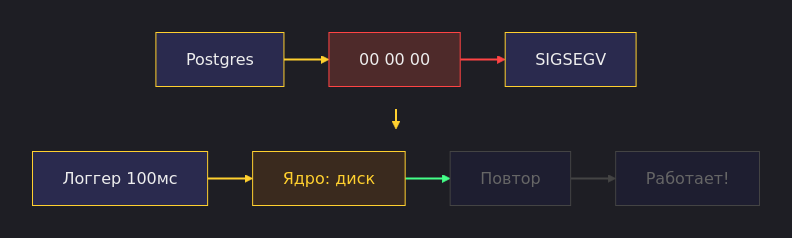
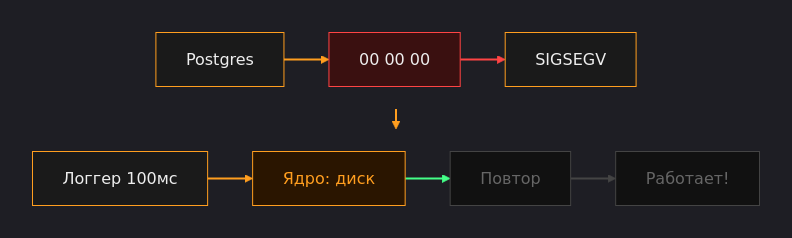
The diagram in docs/diagrams/resurrection-3.mmd (polarnik/postgresql-system-issue-story), drawn with Mermaid before and after one commit. The commit also changed 39 other files, not shown here.

```diff
--- a/docs/diagrams/resurrection-3.mmd
+++ b/docs/diagrams/resurrection-3.mmd
@@ -1,30 +1,30 @@
-%%{init: {'theme': 'dark', 'themeVariables': { 'primaryColor': '#1a1a2e', 'primaryTextColor': '#eee', 'lineColor': '#FFD02F'}, 'flowchart': { 'nodeSpacing': 25, 'rankSpacing': 20 }}}%%
+%%{init: {'theme': 'dark', 'themeVariables': { 'primaryColor': '#000000', 'primaryTextColor': '#eee', 'lineColor': '#ff9e1f'}, 'flowchart': { 'nodeSpacing': 25, 'rankSpacing': 20 }}}%%
 
 flowchart TB
-    classDef done fill:#2a2a4e,stroke:#FFD02F,color:#eee
-    classDef active fill:#3a2a1e,stroke:#FFD02F,color:#FFD02F
-    classDef pending fill:#1e1e30,stroke:#444,color:#666
-    classDef error fill:#4e2a2a,stroke:#ff4444,color:#eee
-    classDef success fill:#2a4e2a,stroke:#44ff88,color:#eee
+    classDef done fill:#1a1a1a,stroke:#ff9e1f,color:#eee
+    classDef active fill:#2a1500,stroke:#ff9e1f,color:#ff9e1f
+    classDef pending fill:#111111,stroke:#444,color:#666
+    classDef error fill:#3a1010,stroke:#ff4444,color:#eee
+    classDef success fill:#103a10,stroke:#44ff88,color:#eee
 
     subgraph S1 [" "]
         direction LR
         A["Postgres"]:::done --> B["00 00 00"]:::error --> C["SIGSEGV"]:::done
     end
 
     subgraph S2 [" "]
         direction LR
         D["Логгер 100мс"]:::done --> E["Ядро: диск"]:::active --> F["Повтор"]:::pending --> G["Работает!"]:::pending
     end
 
     S1 --> S2
 
-    linkStyle 0 stroke:#FFD02F,stroke-width:2px
+    linkStyle 0 stroke:#ff9e1f,stroke-width:2px
     linkStyle 1 stroke:#ff4444,stroke-width:2px
-    linkStyle 2 stroke:#FFD02F,stroke-width:2px
+    linkStyle 2 stroke:#ff9e1f,stroke-width:2px
     linkStyle 3 stroke:#44ff88,stroke-width:2px
     linkStyle 4 stroke:#444,stroke-width:2px
-    linkStyle 5 stroke:#FFD02F,stroke-width:2px
+    linkStyle 5 stroke:#ff9e1f,stroke-width:2px
 
     style S1 fill:transparent,stroke:transparent
     style S2 fill:transparent,stroke:transparent
```
